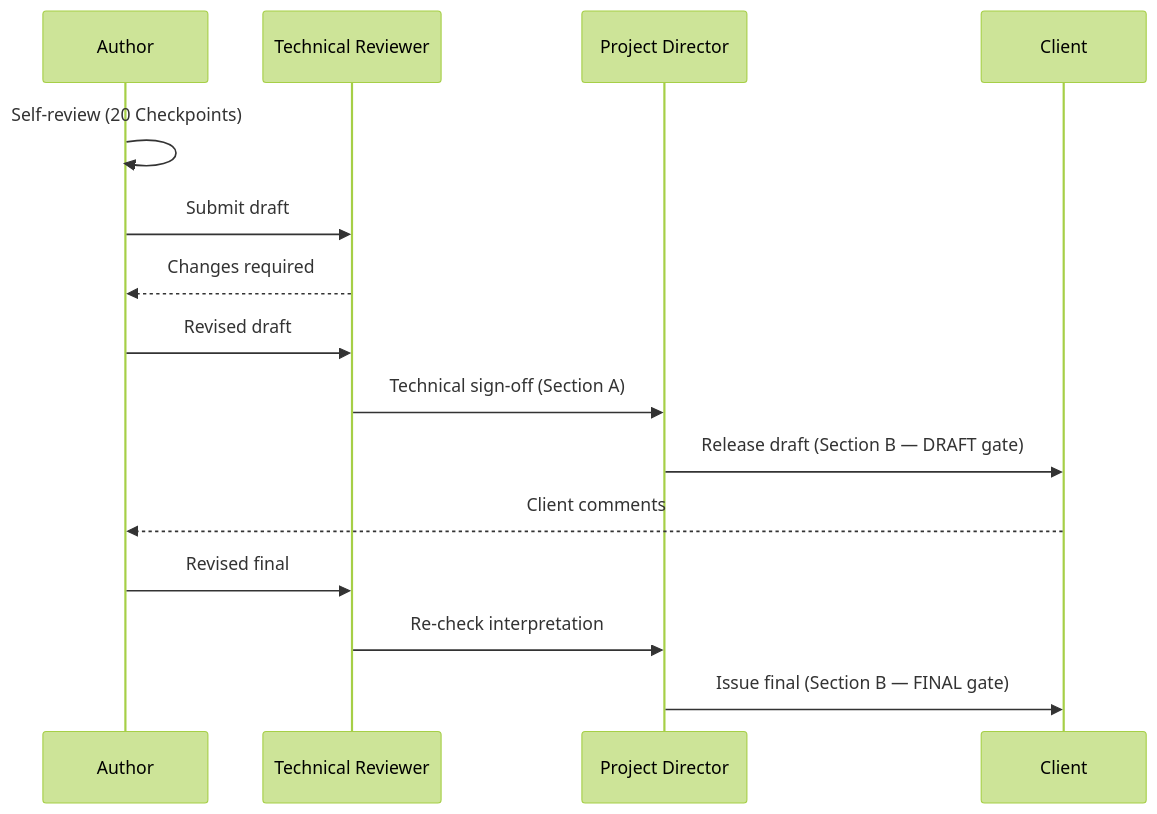
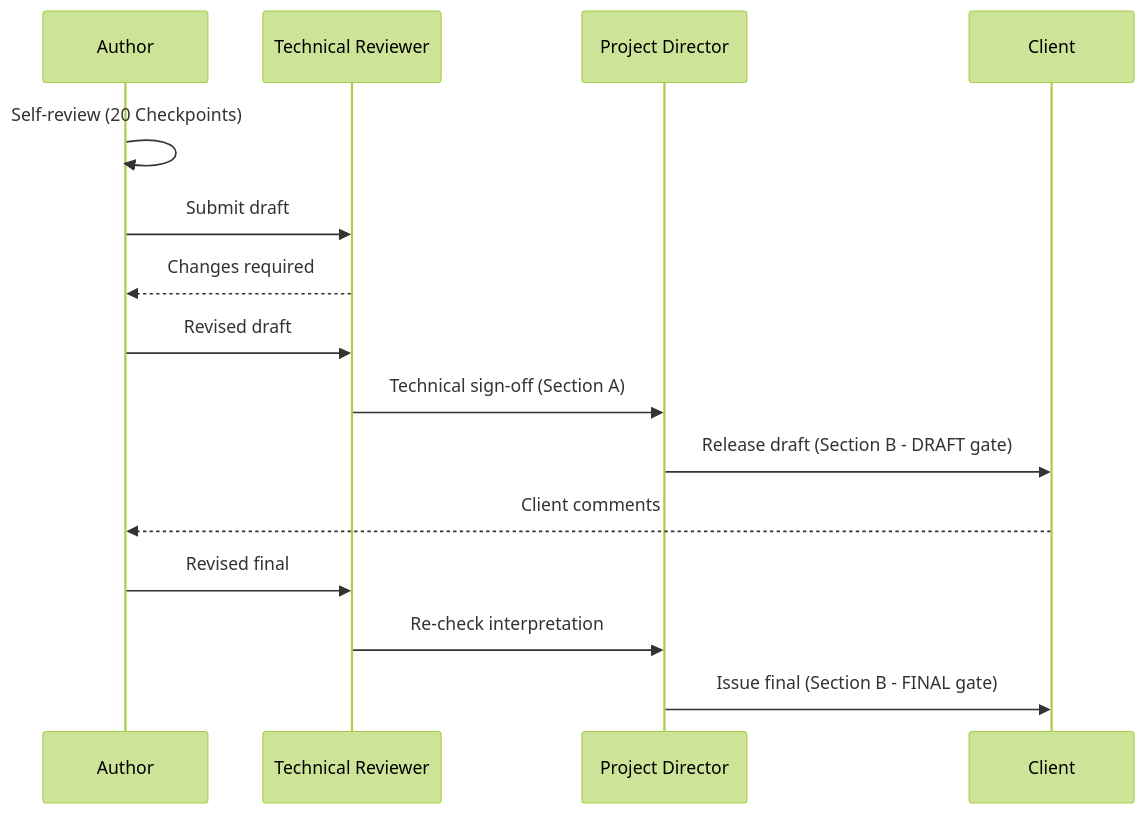
Before and after one commit to redmarklogic/redline: the second of 2 diagrams in docs/research/domain/20260513-geotechnical-report-quality-dimensions.md, drawn with Mermaid (forest theme). The commit also changed other lines of this file and 2 other files, not shown here.

Commit message:
docs: update product strategy roadmap and research findings

````diff
--- a/docs/research/domain/20260513-geotechnical-report-quality-dimensions.md
+++ b/docs/research/domain/20260513-geotechnical-report-quality-dimensions.md
@@ -147,17 +147,17 @@
 ```mermaid
 sequenceDiagram
     participant A as Author
     participant TR as Technical Reviewer
     participant PD as Project Director
     participant C as Client
     A->>A: Self-review (20 Checkpoints)
     A->>TR: Submit draft
     TR-->>A: Changes required
     A->>TR: Revised draft
     TR->>PD: Technical sign-off (Section A)
-    PD->>C: Release draft (Section B — DRAFT gate)
+    PD->>C: Release draft (Section B - DRAFT gate)
     C-->>A: Client comments
     A->>TR: Revised final
     TR->>PD: Re-check interpretation
-    PD->>C: Issue final (Section B — FINAL gate)
+    PD->>C: Issue final (Section B - FINAL gate)
 ```
````
